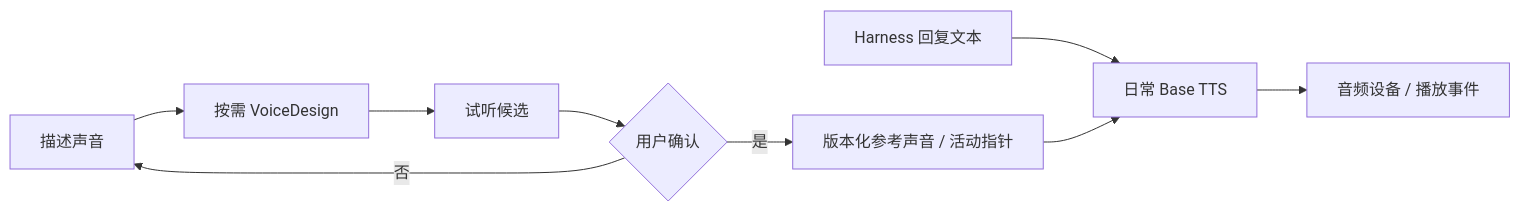
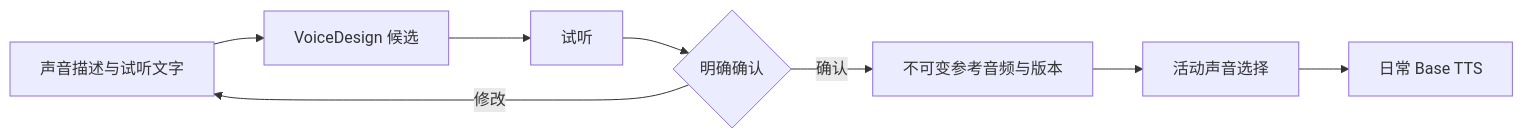
The second of 2 diagrams in docs/Agentic Microduck - Project Design v0.1.md (jixinyan/Oh-My-Duck), drawn with Mermaid before and after one commit. The commit also changed other lines of this file and 6 other files, not shown here.

````diff
--- a/docs/Agentic Microduck - Project Design v0.1.md
+++ b/docs/Agentic Microduck - Project Design v0.1.md
@@ -340,11 +170,10 @@
 ```mermaid
 flowchart LR
-  Describe[描述声音] --> Design[按需 VoiceDesign]
-  Design --> Listen[试听候选]
-  Listen --> Confirm{用户确认}
-  Confirm -->|是| Profile[版本化参考声音 / 活动指针]
-  Confirm -->|否| Describe
-  Text[Harness 回复文本] --> TTS[日常 Base TTS]
-  Profile --> TTS
-  TTS --> Play[音频设备 / 播放事件]
+  Description[声音描述与试听文字] --> Design[VoiceDesign 候选]
+  Design --> Listen[试听]
+  Listen --> Confirm{明确确认}
+  Confirm -->|确认| Store[不可变参考音频与版本]
+  Confirm -->|修改| Description
+  Store --> Active[活动声音选择]
+  Active --> TTS[日常 Base TTS]
 ```
````
